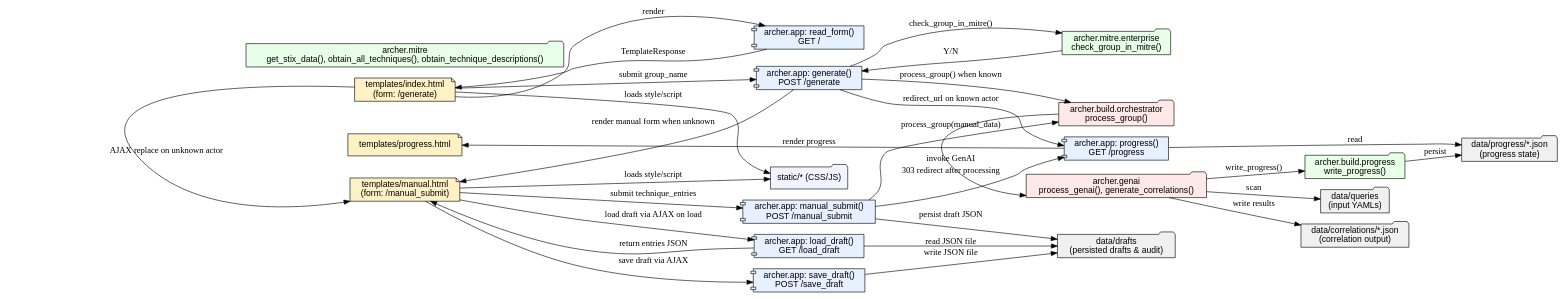
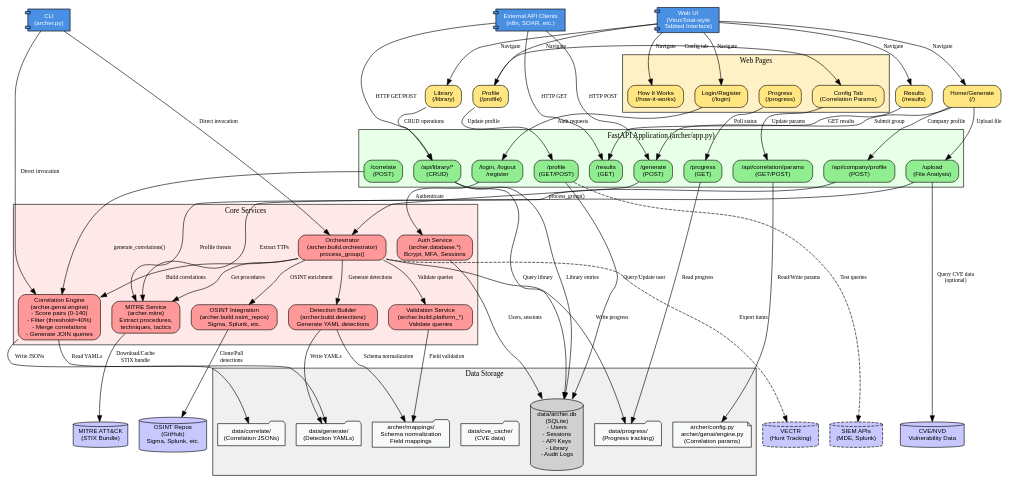
The diagram in docs/flow/archer_flow.dot (cmdaltr/shikari), drawn with Graphviz before and after one commit. The commit also changed 76 other files, not shown here.

Commit message:
Default correlation configuration complete

```diff
--- a/docs/flow/archer_flow.dot
+++ b/docs/flow/archer_flow.dot
@@ -1,84 +1,237 @@
-// Archer project flow diagram (generated)
-// Nodes: templates, app handlers, mitre helpers, orchestrator, drafts
+// Archer Architecture Flow - Updated November 2024
+// Complete system architecture including all major features
 
 digraph ArcherFlow {
-  rankdir=LR;
-  node [shape=box, style=filled, fillcolor="#f8f9fa", fontname="Helvetica"];
+  rankdir=TB;
+  node [shape=box, style="filled,rounded", fillcolor="#f8f9fa", fontname="Helvetica", fontsize=10];
+  edge [fontsize=9];
 
-  // Templates
-  index_html [label="templates/index.html\n(form: /generate)", shape=note, fillcolor="#fff1c6"];
-  manual_html [label="templates/manual.html\n(form: /manual_submit)", shape=note, fillcolor="#fff1c6"];
-  progress_html [label="templates/progress.html", shape=note, fillcolor="#fff1c6"];
+  // ============================================
+  // USER INTERFACES
+  // ============================================
+  subgraph cluster_ui {
+    label="User Interfaces";
+    style=filled;
+    fillcolor="#e6f0ff";
+    fontsize=12;
 
-  // App handlers
-  app_read_form [label="archer.app: read_form()\nGET /", shape=component, fillcolor="#e6f0ff"];
-  app_generate [label="archer.app: generate()\nPOST /generate", shape=component, fillcolor="#e6f0ff"];
-  app_manual_submit [label="archer.app: manual_submit()\nPOST /manual_submit", shape=component, fillcolor="#e6f0ff"];
-  app_progress [label="archer.app: progress()\nGET /progress", shape=component, fillcolor="#e6f0ff"];
-  app_save_draft [label="archer.app: save_draft()\nPOST /save_draft", shape=component, fillcolor="#e6f0ff"];
-  app_load_draft [label="archer.app: load_draft()\nGET /load_draft", shape=component, fillcolor="#e6f0ff"];
+    web_ui [label="Web UI\n(VirusTotal-style\nTabbed Interface)", shape=component, fillcolor="#4a90e2", fontcolor=white];
+    cli [label="CLI\n(archer.py)", shape=component, fillcolor="#4a90e2", fontcolor=white];
+    api_clients [label="External API Clients\n(n8n, SOAR, etc.)", shape=component, fillcolor="#4a90e2", fontcolor=white];
+  }
 
-  // Helpers
-  mitre_helpers [label="archer.mitre\nget_stix_data(), obtain_all_techniques(), obtain_technique_descriptions()", shape=folder, fillcolor="#e8ffe8"];
-  mitre_enterprise [label="archer.mitre.enterprise\ncheck_group_in_mitre()", shape=folder, fillcolor="#e8ffe8"];
+  // ============================================
+  // WEB PAGES
+  // ============================================
+  subgraph cluster_pages {
+    label="Web Pages";
+    style=filled;
+    fillcolor="#fff1c6";
+    fontsize=12;
 
-  // Orchestrator
-  orchestrator [label="archer.build.orchestrator\nprocess_group()", shape=folder, fillcolor="#ffe8e8"];
+    index [label="Home/Generate\n(/)", fillcolor="#ffe680"];
+    results [label="Results\n(/results)", fillcolor="#ffe680"];
+    progress [label="Progress\n(/progress)", fillcolor="#ffe680"];
+    library [label="Library\n(/library)", fillcolor="#ffe680"];
+    profile [label="Profile\n(/profile)", fillcolor="#ffe680"];
+    profile_config [label="Config Tab\n(Correlation Params)", fillcolor="#ffeb99"];
+    how_it_works [label="How It Works\n(/how-it-works)", fillcolor="#ffe680"];
+    login [label="Login/Register\n(/login)", fillcolor="#ffe680"];
+  }
 
-  // GenAI pipeline
-  genai [label="archer.genai\nprocess_genai(), generate_correlations()", shape=folder, fillcolor="#ffe8e8"];
-  progress_writer [label="archer.build.progress\nwrite_progress()", shape=folder, fillcolor="#e8ffe8"];
-  queries [label="data/queries\n(input YAMLs)", shape=folder, fillcolor="#f0f0f0"];
-  correlations [label="data/correlations/*.json\n(correlation output)", shape=folder, fillcolor="#f0f0f0"];
-  progress_store [label="data/progress/*.json\n(progress state)", shape=folder, fillcolor="#f0f0f0"];
+  // ============================================
+  // FASTAPI APPLICATION
+  // ============================================
+  subgraph cluster_app {
+    label="FastAPI Application (archer/app.py)";
+    style=filled;
+    fillcolor="#e8ffe8";
+    fontsize=12;
 
-  // Data/drafts
-  drafts [label="data/drafts\n(persisted drafts & audit)", shape=folder, fillcolor="#f0f0f0"];
+    // Core endpoints
+    endpoint_generate [label="/generate\n(POST)", fillcolor="#90ee90"];
+    endpoint_results [label="/results\n(GET)", fillcolor="#90ee90"];
+    endpoint_progress [label="/progress\n(GET)", fillcolor="#90ee90"];
+    endpoint_correlate [label="/correlate\n(POST)", fillcolor="#90ee90"];
 
-  // Edges: how pages invoke handlers and helpers
-  index_html -> app_read_form [label="render"];
-  app_read_form -> index_html [label="TemplateResponse"];
+    // Library endpoints
+    endpoint_library [label="/api/library/*\n(CRUD)", fillcolor="#90ee90"];
 
-  index_html -> app_generate [label="submit group_name"];
-  app_generate -> mitre_enterprise [label="check_group_in_mitre()"];
-  mitre_enterprise -> app_generate [label="Y/N"];
-  app_generate -> orchestrator [label="process_group() when known"];
-  app_generate -> manual_html [label="render manual form when unknown"];
+    // Profile/Config endpoints
+    endpoint_profile [label="/profile\n(GET/POST)", fillcolor="#90ee90"];
+    endpoint_correlation_params [label="/api/correlation/params\n(GET/POST)", fillcolor="#90ee90"];
 
-  manual_html -> app_manual_submit [label="submit technique_entries"];
-  app_manual_submit -> orchestrator [label="process_group(manual_data)"];
-  app_manual_submit -> drafts [label="persist draft JSON"];
+    // Auth endpoints
+    endpoint_auth [label="/login, /logout\n/register", fillcolor="#90ee90"];
 
-  // Draft save/load
-  manual_html -> app_save_draft [label="save draft via AJAX"];
-  app_save_draft -> drafts [label="write JSON file"];
-  manual_html -> app_load_draft [label="load draft via AJAX on load"];
-  app_load_draft -> drafts [label="read JSON file"];
-  app_load_draft -> manual_html [label="return entries JSON"];
+    // File upload
+    endpoint_upload [label="/upload\n(File Analysis)", fillcolor="#90ee90"];
 
-  // Navigation
-  index_html -> manual_html [label="AJAX replace on unknown actor"];
-  app_generate -> app_progress [label="redirect_url on known actor"];
-  app_manual_submit -> app_progress [label="303 redirect after processing"];
+    // Company profiling
+    endpoint_company [label="/api/company/profile\n(POST)", fillcolor="#90ee90"];
+  }
 
-  // Progress
-  app_progress -> progress_html [label="render progress"];
+  // ============================================
+  // CORE SERVICES
+  // ============================================
+  subgraph cluster_services {
+    label="Core Services";
+    style=filled;
+    fillcolor="#ffe8e8";
+    fontsize=12;
 
-  // Styling/JS (static)
-  static [label="static/* (CSS/JS)", shape=folder, fillcolor="#f3f3ff"];
-  index_html -> static [label="loads style/script"];
-  manual_html -> static [label="loads style/script"];
+    orchestrator [label="Orchestrator\n(archer.build.orchestrator)\nprocess_group()", fillcolor="#ff9999"];
 
-  // Orchestrator -> GenAI and outputs
-  orchestrator -> genai [label="invoke GenAI"];
-  genai -> queries [label="scan"];
-  genai -> correlations [label="write results"];
-  genai -> progress_writer [label="write_progress()"];
-  progress_writer -> progress_store [label="persist"];
-  app_progress -> progress_store [label="read"];
+    mitre_service [label="MITRE Service\n(archer.mitre)\nExtract procedures,\ntechniques, tactics", fillcolor="#ff9999"];
 
-  // Group nodes visually
-  { rank=same; index_html; manual_html; progress_html }
-  { rank=same; app_read_form; app_generate; app_manual_submit }
-  { rank=same; orchestrator; genai }
+    correlation_engine [label="Correlation Engine\n(archer.genai.engine)\n- Score pairs (0-140)\n- Filter (threshold=40%)\n- Merge correlations\n- Generate JOIN queries", fillcolor="#ff9999"];
+
+    detection_builder [label="Detection Builder\n(archer.build.detections)\nGenerate YAML detections", fillcolor="#ff9999"];
+
+    osint_service [label="OSINT Integration\n(archer.build.osint_repos)\nSigma, Splunk, etc.", fillcolor="#ff9999"];
+
+    validation_service [label="Validation Service\n(archer.build.platform_*)\nValidate queries", fillcolor="#ff9999"];
+
+    auth_service [label="Auth Service\n(archer.database.*)\nBcrypt, MFA, Sessions", fillcolor="#ff9999"];
+  }
+
+  // ============================================
+  // DATA STORAGE
+  // ============================================
+  subgraph cluster_data {
+    label="Data Storage";
+    style=filled;
+    fillcolor="#f0f0f0";
+    fontsize=12;
+
+    // File storage
+    generate_dir [label="data/generate/\n(Detection YAMLs)", shape=folder];
+    correlate_dir [label="data/correlate/\n(Correlation JSONs)", shape=folder];
+    progress_dir [label="data/progress/\n(Progress tracking)", shape=folder];
+    cve_cache [label="data/cve_cache/\n(CVE data)", shape=folder];
+
+    // Database
+    database [label="data/archer.db\n(SQLite)\n- Users\n- Sessions\n- API Keys\n- Library\n- Audit Logs", shape=cylinder, fillcolor="#d0d0d0"];
+
+    // Config files
+    config_files [label="archer/config.py\narcher/genai/engine.py\n(Correlation params)", shape=note];
+
+    // Mappings
+    mappings [label="archer/mappings/\nSchema normalization\nField mappings", shape=folder];
+  }
+
+  // ============================================
+  // EXTERNAL INTEGRATIONS
+  // ============================================
+  subgraph cluster_external {
+    label="External Integrations";
+    style=filled;
+    fillcolor="#f3f3ff";
+    fontsize=12;
+
+    mitre_attack [label="MITRE ATT&CK\n(STIX Bundle)", shape=cylinder, fillcolor="#c8c8ff"];
+    osint_repos [label="OSINT Repos\n(GitHub)\nSigma, Splunk, etc.", shape=cylinder, fillcolor="#c8c8ff"];
+    cve_nvd [label="CVE/NVD\nVulnerability Data", shape=cylinder, fillcolor="#c8c8ff"];
+    vectr [label="VECTR\n(Hunt Tracking)", shape=cylinder, fillcolor="#c8c8ff", style="dashed,filled"];
+    siem_apis [label="SIEM APIs\n(MDE, Splunk)", shape=cylinder, fillcolor="#c8c8ff", style="dashed,filled"];
+  }
+
+  // ============================================
+  // CONNECTIONS: UI to Pages
+  // ============================================
+  web_ui -> index [label="Navigate"];
+  web_ui -> results [label="Navigate"];
+  web_ui -> library [label="Navigate"];
+  web_ui -> profile [label="Navigate"];
+  web_ui -> how_it_works [label="Navigate"];
+  web_ui -> login [label="Navigate"];
+
+  profile -> profile_config [label="Config tab"];
+
+  // ============================================
+  // CONNECTIONS: Pages to Endpoints
+  // ============================================
+  index -> endpoint_generate [label="Submit group"];
+  index -> endpoint_upload [label="Upload file"];
+  index -> endpoint_company [label="Company profile"];
+
+  results -> endpoint_results [label="GET results"];
+  progress -> endpoint_progress [label="Poll status"];
+
+  library -> endpoint_library [label="CRUD operations"];
+
+  profile -> endpoint_profile [label="Update profile"];
+  profile_config -> endpoint_correlation_params [label="Update params"];
+
+  login -> endpoint_auth [label="Auth requests"];
+
+  // ============================================
+  // CONNECTIONS: Endpoints to Services
+  // ============================================
+  endpoint_generate -> orchestrator [label="process_group()"];
+  endpoint_correlate -> correlation_engine [label="generate_correlations()"];
+  endpoint_correlation_params -> config_files [label="Read/Write params"];
+
+  endpoint_auth -> auth_service [label="Authenticate"];
+  endpoint_library -> database [label="Query library"];
+  endpoint_profile -> database [label="Query/Update user"];
+
+  endpoint_upload -> mitre_service [label="Extract TTPs"];
+  endpoint_company -> mitre_service [label="Profile threats"];
+
+  // ============================================
+  // CONNECTIONS: Services to Services
+  // ============================================
+  orchestrator -> mitre_service [label="Get procedures"];
+  orchestrator -> detection_builder [label="Generate detections"];
+  orchestrator -> correlation_engine [label="Build correlations"];
+  orchestrator -> osint_service [label="OSINT enrichment"];
+  orchestrator -> validation_service [label="Validate queries"];
+
+  detection_builder -> mappings [label="Schema normalization"];
+  validation_service -> mappings [label="Field validation"];
+
+  // ============================================
+  // CONNECTIONS: Services to Data
+  // ============================================
+  detection_builder -> generate_dir [label="Write YAMLs"];
+  correlation_engine -> generate_dir [label="Read YAMLs"];
+  correlation_engine -> correlate_dir [label="Write JSONs"];
+
+  orchestrator -> progress_dir [label="Write progress"];
+  endpoint_progress -> progress_dir [label="Read progress"];
+
+  auth_service -> database [label="Users, sessions"];
+  endpoint_library -> database [label="Library entries"];
+
+  // ============================================
+  // CONNECTIONS: External Data Sources
+  // ============================================
+  mitre_service -> mitre_attack [label="Download/Cache\nSTIX bundle"];
+  osint_service -> osint_repos [label="Clone/Pull\ndetections"];
+  endpoint_upload -> cve_nvd [label="Query CVE data\n(optional)"];
+
+  // Optional integrations (dashed)
+  orchestrator -> vectr [label="Export hunts", style=dashed];
+  endpoint_profile -> siem_apis [label="Test queries", style=dashed];
+
+  // ============================================
+  // CLI Connections
+  // ============================================
+  cli -> orchestrator [label="Direct invocation"];
+  cli -> correlation_engine [label="Direct invocation"];
+
+  // ============================================
+  // API Client Connections
+  // ============================================
+  api_clients -> endpoint_generate [label="HTTP POST"];
+  api_clients -> endpoint_library [label="HTTP GET/POST"];
+  api_clients -> endpoint_results [label="HTTP GET"];
+
+  // ============================================
+  // LAYOUT HINTS
+  // ============================================
+  {rank=same; web_ui; cli; api_clients}
+  {rank=same; index; results; library; profile}
+  {rank=same; mitre_attack; osint_repos; cve_nvd; vectr; siem_apis}
 }
```
